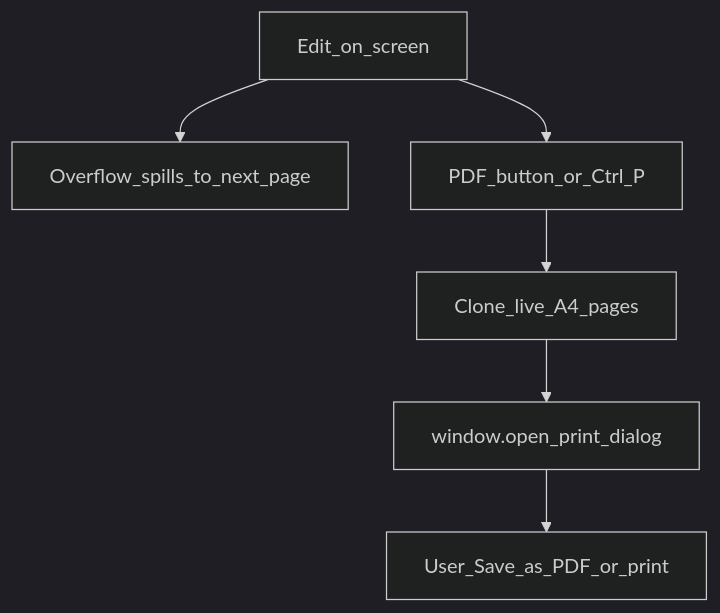
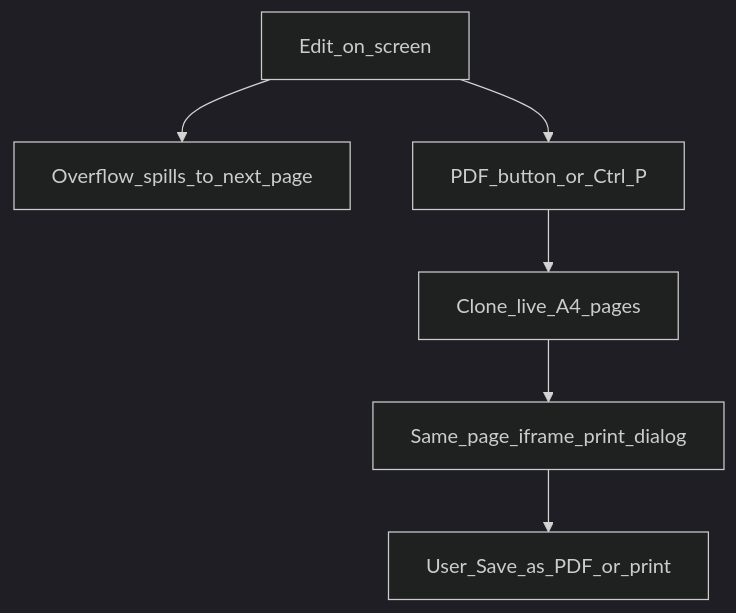
One commit to arverma/Bihar-Police-Notebook changed the diagram in docs/components/templates.md. Above: the diagram before and after it, drawn with Mermaid (dark theme). The commit also changed other lines of this file and 4 other files, not shown here.

````diff
--- a/docs/components/templates.md
+++ b/docs/components/templates.md
@@ -12,15 +12,15 @@
 ```mermaid
 flowchart TD
   edit[Edit_on_screen]
   spill[Overflow_spills_to_next_page]
   pdfBtn[PDF_button_or_Ctrl_P]
   clone[Clone_live_A4_pages]
-  win[window.open_print_dialog]
+  iframe[Same_page_iframe_print_dialog]
   save[User_Save_as_PDF_or_print]
 
   edit --> spill
   edit --> pdfBtn
   pdfBtn --> clone
-  clone --> win
-  win --> save
+  clone --> iframe
+  iframe --> save
 ```
````
